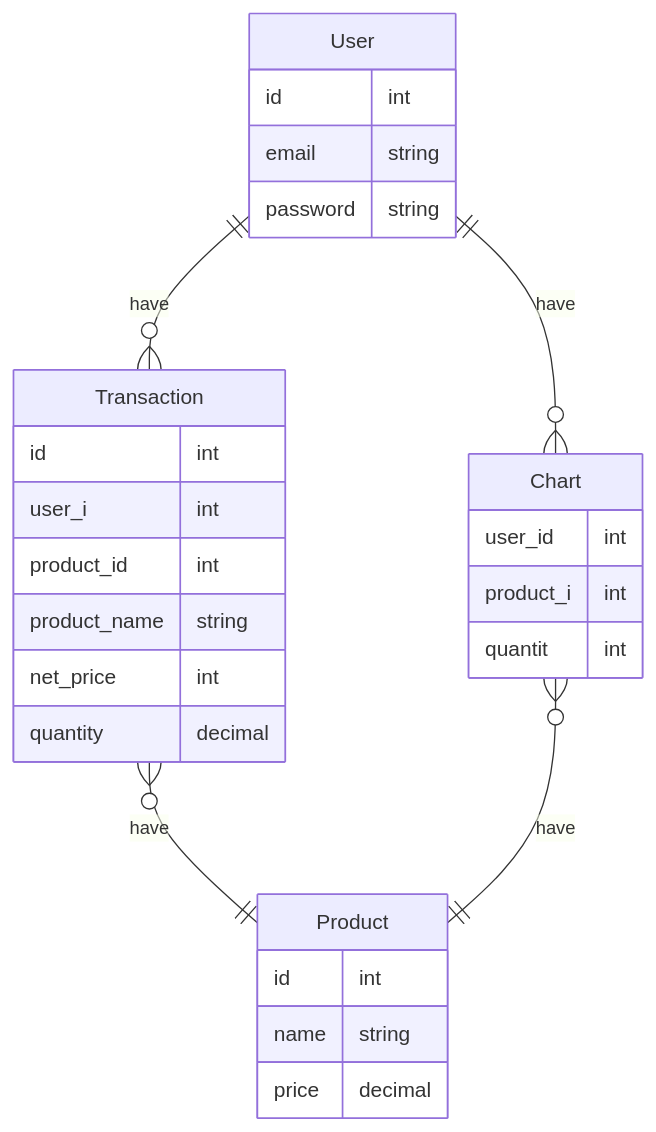
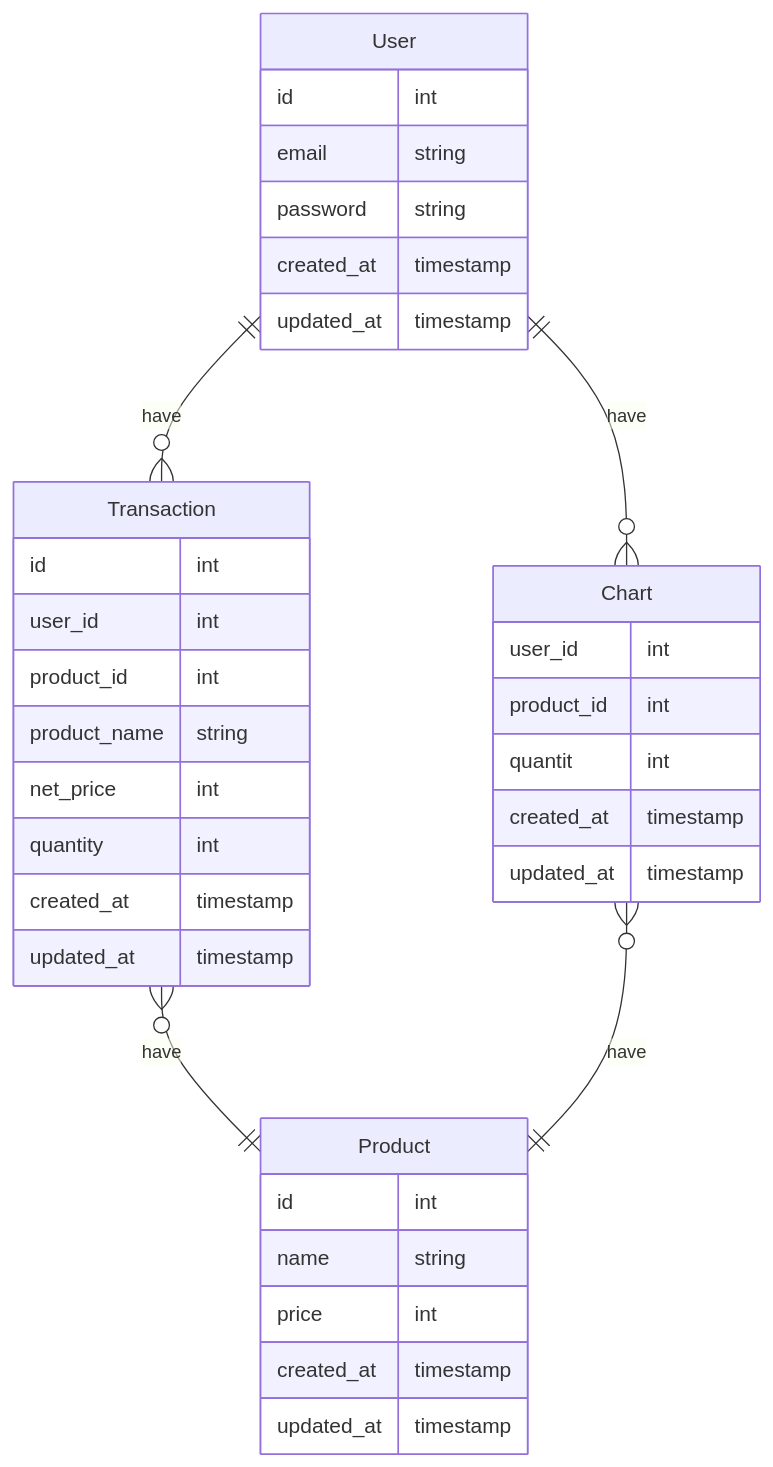
Before and after one commit to sayyid-haidar/synapsis-backend-challenge: the diagram in README.md, drawn with Mermaid. The commit also changed 28 other files, not shown here.

````diff
--- a/README.md
+++ b/README.md
@@ -37,34 +37,42 @@
 ```mermaid
 erDiagram
     User {
         id int
         email string
         password string
+        created_at timestamp
+        updated_at timestamp
     }
 
     Product {
         id int
         name string
-        price decimal
+        price int
+        created_at timestamp
+        updated_at timestamp
     }
 
     Chart {
         user_id int
-        product_i int
+        product_id int
         quantit int
+        created_at timestamp
+        updated_at timestamp
     }
 
     Transaction {
         id int
-        user_i int
+        user_id int
         product_id int
         product_name string
         net_price int
-        quantity decimal
+        quantity int
+        created_at timestamp
+        updated_at timestamp
     }
 
     User ||--o{ Chart : have 
     User ||--o{ Transaction : have 
     Transaction }o--|| Product : have 
     Chart }o--|| Product : have 
 ```
````
